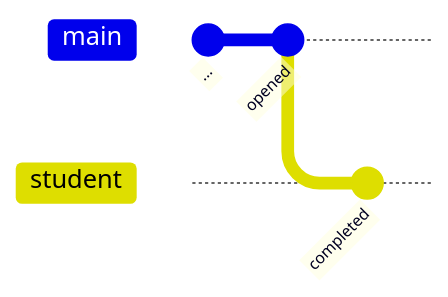
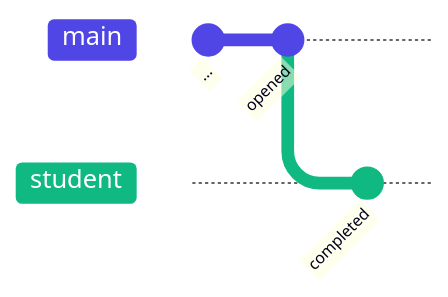
One commit to d33bs/set-website changed the second of 3 diagrams in _posts/2023-02-13-Git-Practices.md. Above: the diagram before and after it, drawn with Mermaid. The commit also changed other lines of this file, not shown here.

Commit message:
gitgraph colors

````diff
--- a/_posts/2023-02-13-Git-Practices.md
+++ b/_posts/2023-02-13-Git-Practices.md
@@ -46,9 +46,14 @@
 ```mermaid
+%%{init: { 'logLevel': 'debug', 'theme': 'default' , 'themeVariables': {
+      'git0': '#4F46E5',
+      'git1': '#10B981',
+      'gitBranchLabel1': '#ffffff'
+} } }%%
     gitGraph
        commit id: "..."
        commit id: "opened"
        branch student
        checkout student
        commit id: "completed"
        checkout main
 ```
````
